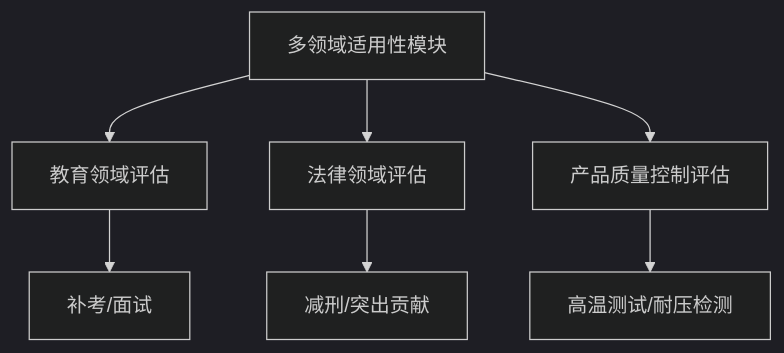
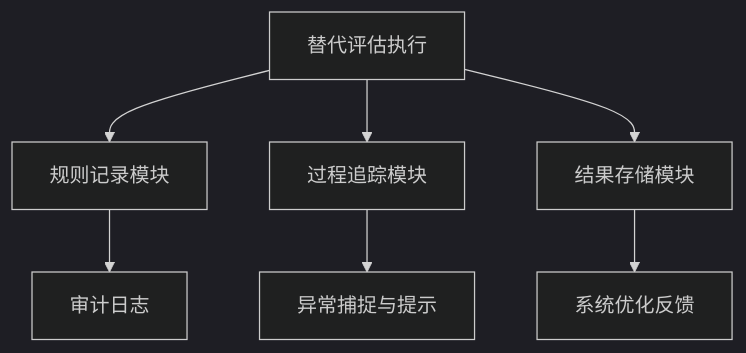
One commit to RNGMARTIN/iodraw-files changed the diagram in all/未命名-2.md. Above: the diagram before and after it, drawn with Mermaid (dark theme).

Commit message:
2025-07-31 08:48:22 update

````diff
--- a/all/未命名-2.md
+++ b/all/未命名-2.md
@@ -1,10 +1,10 @@
 ```mermaid
-graph TB
-    A[多领域适用性模块] --> B[教育领域评估]
-    A --> C[法律领域评估]
-    A --> D[产品质量控制评估]
-    B --> B1[补考/面试]
-    C --> C1[减刑/突出贡献]
-    D --> D1[高温测试/耐压检测]
+graph TD
+    A[替代评估执行] --> B[规则记录模块]
+    A --> C[过程追踪模块]
+    A --> D[结果存储模块]
+    B --> E[审计日志]
+    C --> F[异常捕捉与提示]
+    D --> G[系统优化反馈]
 
 ```
````
